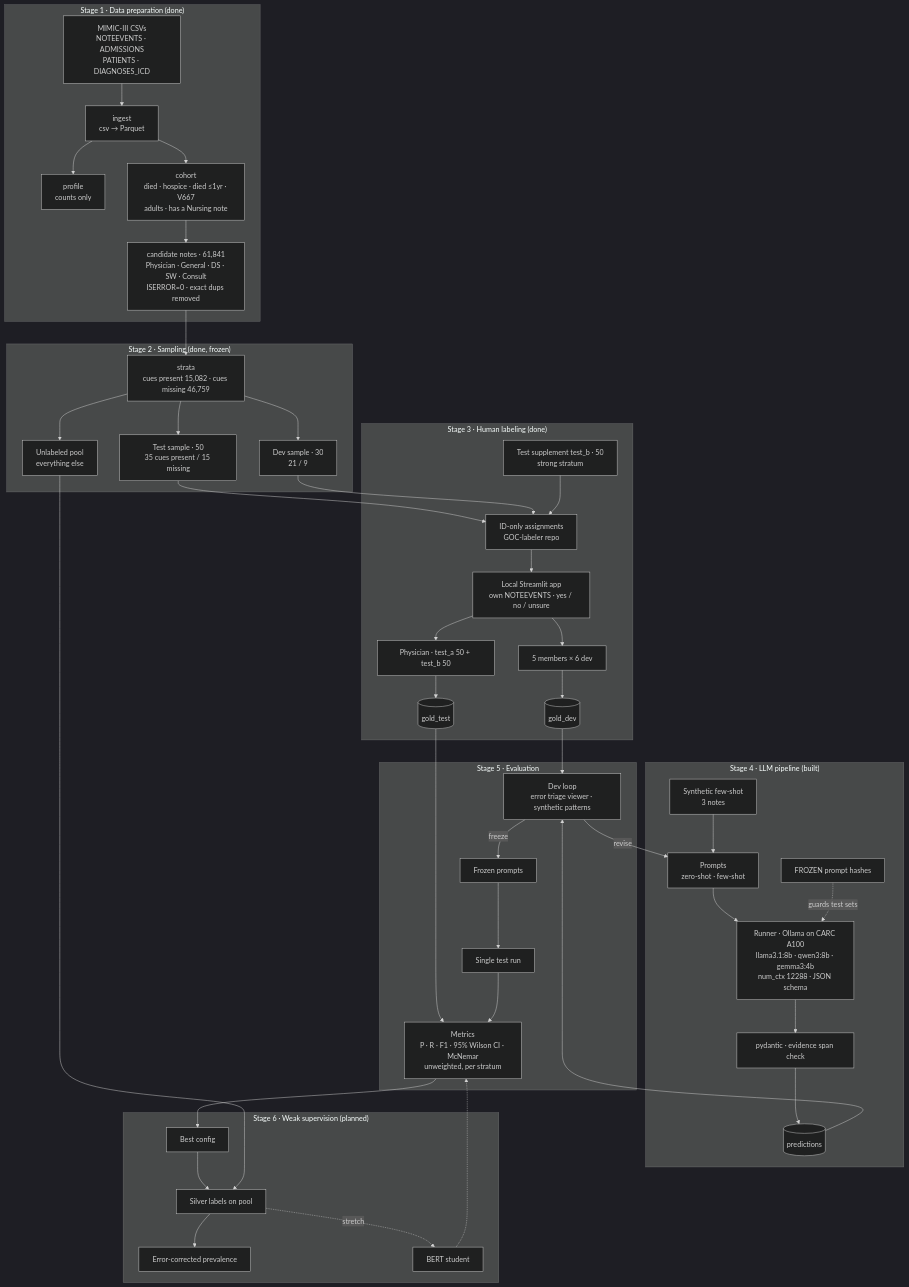
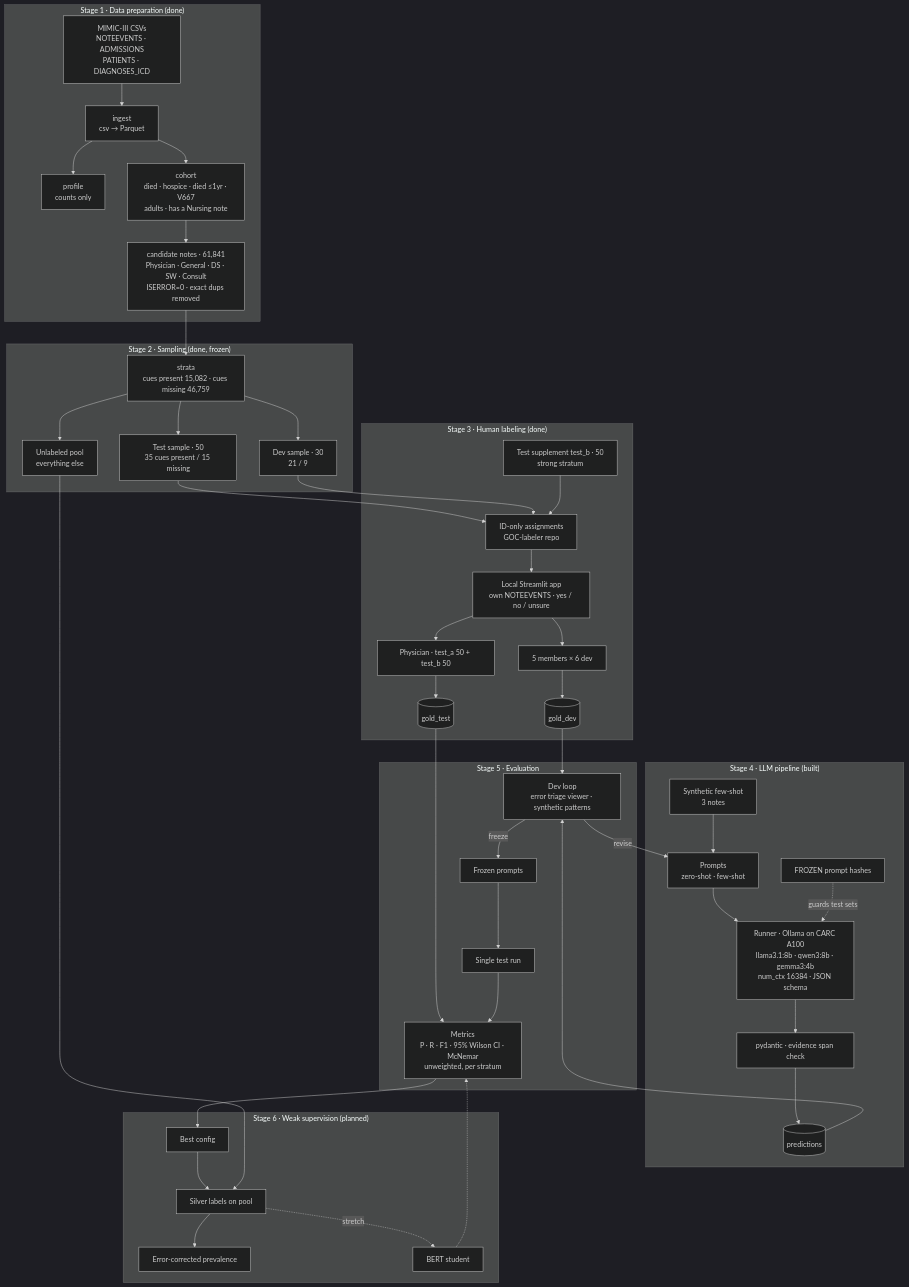
The diagram in ARCHITECTURE.md (dennisdang5/GOC-pilot), drawn with Mermaid (dark theme) before and after one commit. The commit also changed 10 other files, not shown here.

First line of the commit message:
Round-2 prompts (user-written) and num_ctx 16384

````diff
--- a/ARCHITECTURE.md
+++ b/ARCHITECTURE.md
@@ -8,52 +8,52 @@
 ```mermaid
 flowchart TD
     subgraph DATA["Stage 1 · Data preparation (done)"]
         RAW[MIMIC-III CSVs<br/>NOTEEVENTS · ADMISSIONS<br/>PATIENTS · DIAGNOSES_ICD] --> ING[ingest<br/>csv → Parquet]
         ING --> PROF[profile<br/>counts only]
         ING --> COH[cohort<br/>died · hospice · died ≤1yr · V667<br/>adults · has a Nursing note]
         COH --> CAND[candidate notes · 61,841<br/>Physician · General · DS · SW · Consult<br/>ISERROR=0 · exact dups removed]
     end
 
     subgraph SAMPLE["Stage 2 · Sampling (done, frozen)"]
         CAND --> STRAT[strata<br/>cues present 15,082 · cues missing 46,759]
         STRAT --> TEST[Test sample · 50<br/>35 cues present / 15 missing]
         STRAT --> DEV[Dev sample · 30<br/>21 / 9]
         STRAT --> POOL[Unlabeled pool<br/>everything else]
     end
 
     subgraph GOLD["Stage 3 · Human labeling (done)"]
         TEST --> ASSIGN[ID-only assignments<br/>GOC-labeler repo]
         DEV --> ASSIGN
         TESTB[Test supplement test_b · 50<br/>strong stratum] --> ASSIGN
         ASSIGN --> APP[Local Streamlit app<br/>own NOTEEVENTS · yes / no / unsure]
         APP --> PHYS[Physician · test_a 50 + test_b 50] --> GT[(gold_test)]
         APP --> MEM[5 members × 6 dev] --> GD[(gold_dev)]
     end
 
     subgraph LLM["Stage 4 · LLM pipeline (built)"]
         SYN[Synthetic few-shot<br/>3 notes] --> PROMPT[Prompts<br/>zero-shot · few-shot]
-        PROMPT --> RUN[Runner · Ollama on CARC A100<br/>llama3.1:8b · qwen3:8b · gemma3:4b<br/>num_ctx 12288 · JSON schema]
+        PROMPT --> RUN[Runner · Ollama on CARC A100<br/>llama3.1:8b · qwen3:8b · gemma3:4b<br/>num_ctx 16384 · JSON schema]
         RUN --> VAL[pydantic · evidence span check]
         VAL --> PRED[(predictions)]
         FREEZE[FROZEN prompt hashes] -.guards test sets.-> RUN
     end
 
     subgraph EVAL["Stage 5 · Evaluation"]
         GD --> TUNE[Dev loop<br/>error triage viewer · synthetic patterns]
         PRED --> TUNE
         TUNE -->|revise| PROMPT
         TUNE -->|freeze| FROZEN[Frozen prompts]
         FROZEN --> ONCE[Single test run]
         GT --> METRICS[Metrics<br/>P · R · F1 · 95% Wilson CI · McNemar<br/>unweighted, per stratum]
         ONCE --> METRICS
     end
 
     subgraph WEAK["Stage 6 · Weak supervision (planned)"]
         METRICS --> BEST[Best config]
         BEST --> SILVER[Silver labels on pool]
         POOL --> SILVER
         SILVER --> EST[Error-corrected prevalence]
         SILVER -.stretch.-> BERT[BERT student]
         BERT -.-> METRICS
     end
 ```
````
